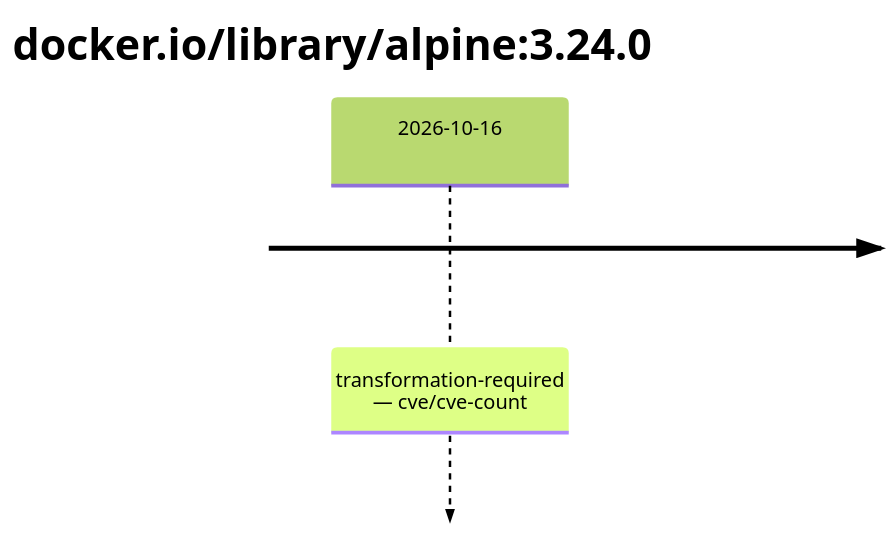
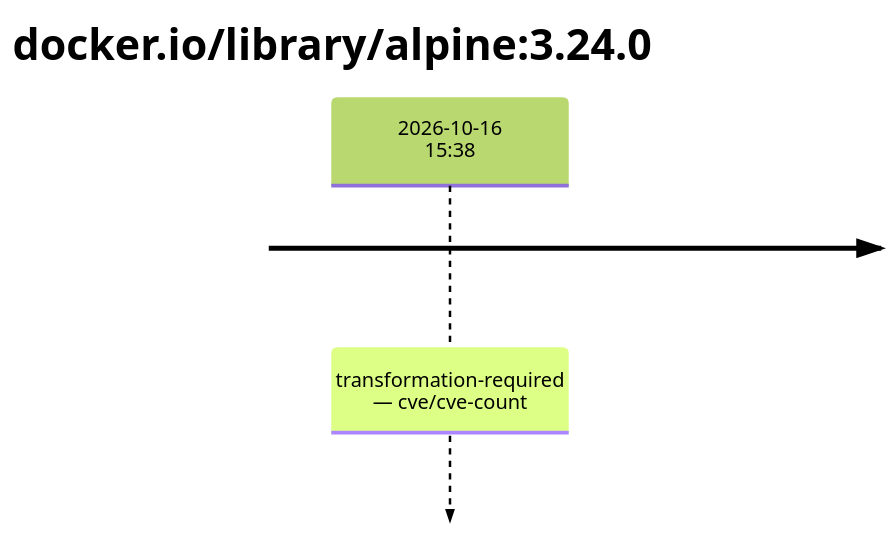
Before and after one commit to trivoallan/base-images: the first of 2 diagrams in results/reports/base-alpine-3/sha256:a2d49ea686c2adfe3c992e47dc3b5e7fa6e6b5055609400dc2acaeb241c829f4.md, drawn with Mermaid (forest theme). The commit also changed other lines of this file and 5 other files, not shown here.

````diff
--- a/results/reports/base-alpine-3/sha256:a2d49ea686c2adfe3c992e47dc3b5e7fa6e6b5055609400dc2acaeb241c829f4.md
+++ b/results/reports/base-alpine-3/sha256:a2d49ea686c2adfe3c992e47dc3b5e7fa6e6b5055609400dc2acaeb241c829f4.md
@@ -5,5 +5,5 @@
 ```mermaid
 timeline
     title docker.io/library/alpine#58;3.24.0
-    2026-10-16 : transformation-required — cve/cve-count
+    2026-10-16 15#58;38 : transformation-required — cve/cve-count
 ```
````
